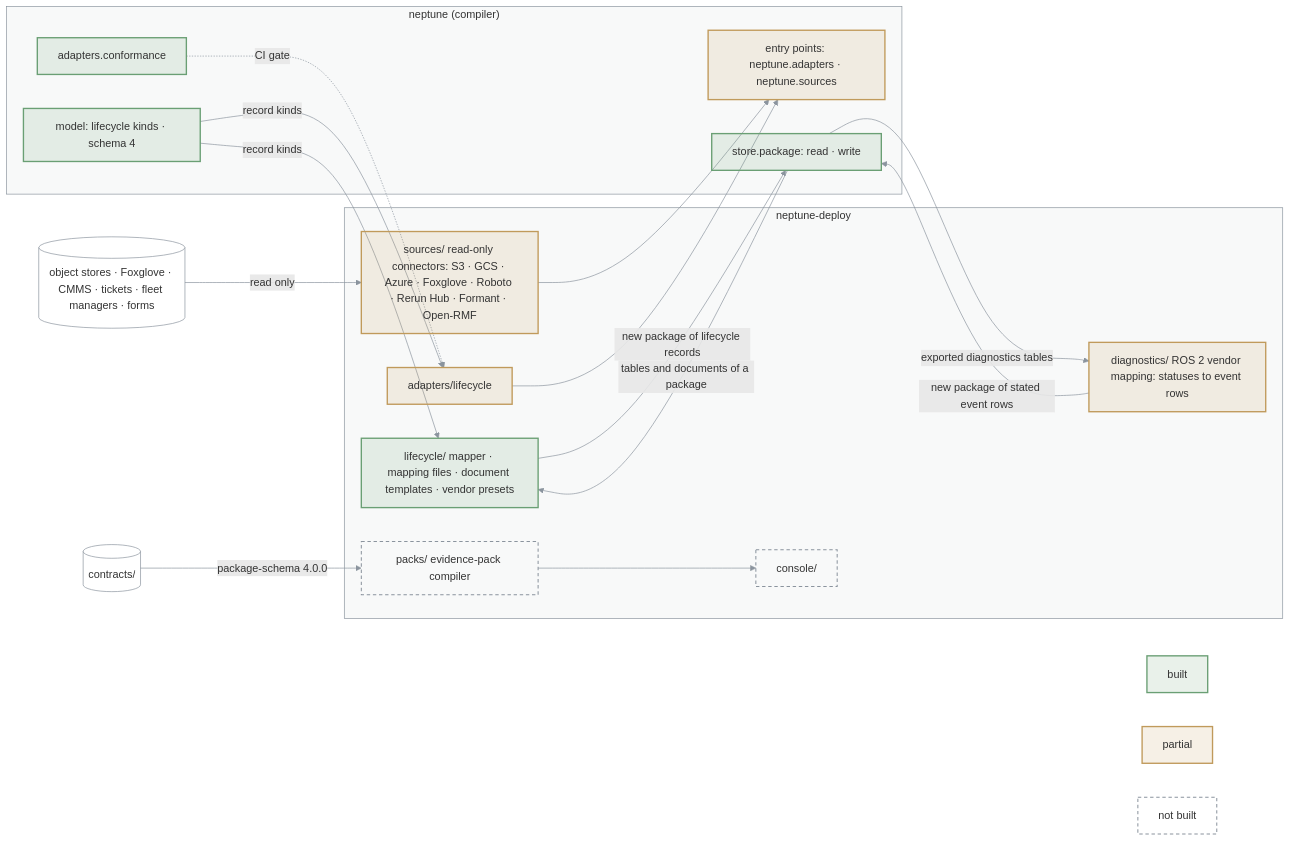
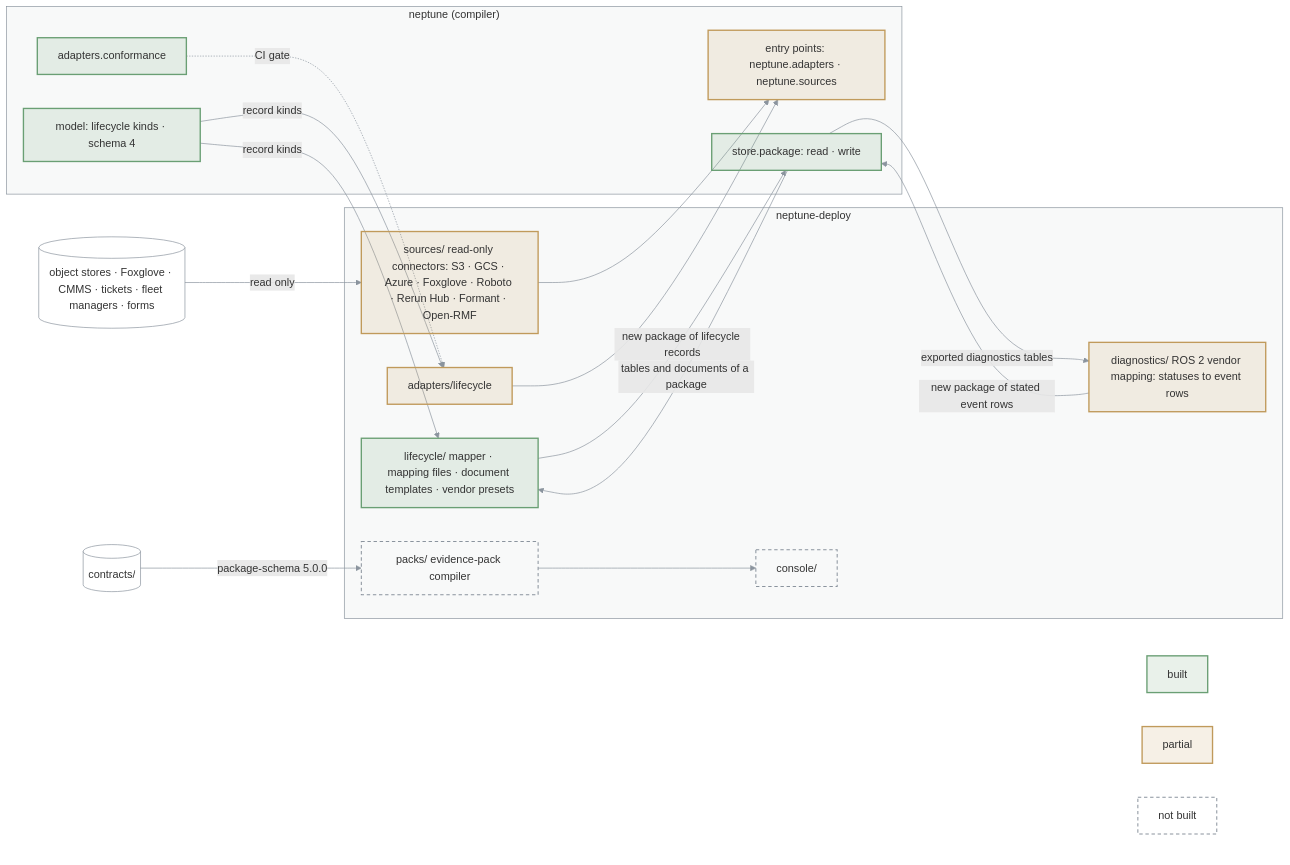
Before and after one commit to bennytay/neptune: the diagram in packages/neptune-deploy/ARCHITECTURE.md, drawn with Mermaid. The commit also changed 164 other files, not shown here.

````diff
--- a/packages/neptune-deploy/ARCHITECTURE.md
+++ b/packages/neptune-deploy/ARCHITECTURE.md
@@ -3,52 +3,52 @@
 ```mermaid
 flowchart LR
   EXT[("object stores · Foxglove · CMMS · tickets · fleet managers · forms")]
   subgraph P["neptune-deploy"]
     SRC["sources/ read-only connectors: S3 · GCS · Azure · Foxglove · Roboto · Rerun Hub · Formant · Open-RMF"]
     LIF["adapters/lifecycle"]
     MAP["lifecycle/ mapper · mapping files · document templates · vendor presets"]
     DIAG["diagnostics/ ROS 2 vendor mapping: statuses to event rows"]
     PACKS["packs/ evidence-pack compiler"]
     CONSOLE["console/"]
   end
   subgraph C["neptune (compiler)"]
     EP["entry points: neptune.adapters · neptune.sources"]
     CONF["adapters.conformance"]
     MODEL["model: lifecycle kinds · schema 4"]
     STORE["store.package: read · write"]
   end
   CON[("contracts/")]
 
   EXT -->|read only| SRC
   SRC --> EP
   LIF --> EP
   CONF -.->|CI gate| LIF
   MODEL -->|record kinds| LIF
   STORE -->|tables and documents of a package| MAP
   MAP -->|new package of lifecycle records| STORE
   MODEL -->|record kinds| MAP
   STORE -->|exported diagnostics tables| DIAG
   DIAG -->|new package of stated event rows| STORE
-  CON -->|package-schema 4.0.0| PACKS
+  CON -->|package-schema 5.0.0| PACKS
   PACKS --> CONSOLE
 
   subgraph KEY[" "]
     K1["built"]
     K2["partial"]
     K3["not built"]
   end
   CONSOLE ~~~ K1 & K2 & K3
 
   classDef built fill:#6a9f7426,stroke:#6a9f74,stroke-width:2px
   classDef partial fill:#c09a5b26,stroke:#c09a5b,stroke-width:2px
   classDef todo fill:none,stroke:#8b949e,stroke-width:1.5px,stroke-dasharray:5 4
   classDef ext fill:none,stroke:#8b949e,stroke-width:1px
   class K1,CONF,MODEL,STORE,MAP built
   class K2,LIF,EP,SRC,DIAG partial
   class PACKS,CONSOLE,K3 todo
   class CON,EXT ext
   style P fill:#8b949e0f,stroke:#8b949e
   style C fill:#8b949e0f,stroke:#8b949e
   style KEY fill:none,stroke:none
   linkStyle default stroke:#8b949e
 ```
````
